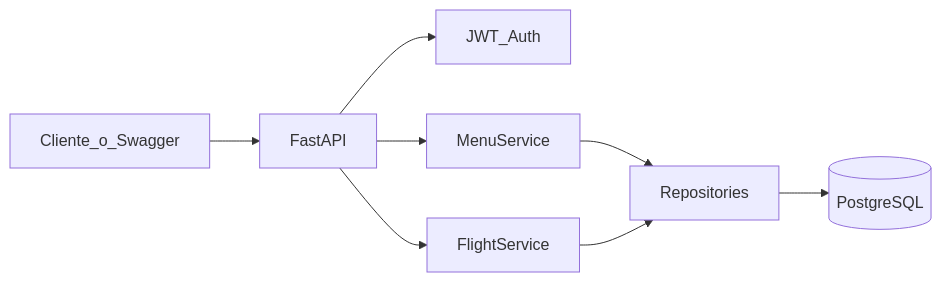
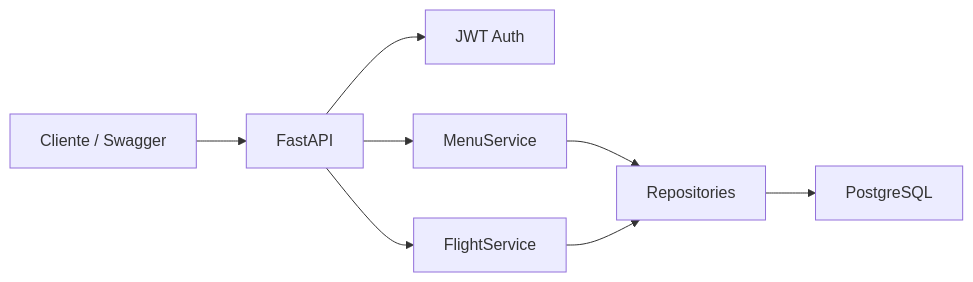
Before and after one commit to jasiel-hdz/flight-menu-api: the diagram in README.md, drawn with Mermaid.

Commit message:
Fix Mermaid diagram rendering on GitHub.

````diff
--- a/README.md
+++ b/README.md
@@ -46,10 +46,10 @@
 ```mermaid
-flowchart LR
-  client[Cliente_o_Swagger] --> api[FastAPI]
-  api --> auth[JWT_Auth]
-  api --> menus[MenuService]
-  api --> flights[FlightService]
-  menus --> repo[Repositories]
+graph LR
+  client["Cliente / Swagger"] --> api["FastAPI"]
+  api --> auth["JWT Auth"]
+  api --> menus["MenuService"]
+  api --> flights["FlightService"]
+  menus --> repo["Repositories"]
   flights --> repo
-  repo --> db[(PostgreSQL)]
+  repo --> db["PostgreSQL"]
 ```
````
